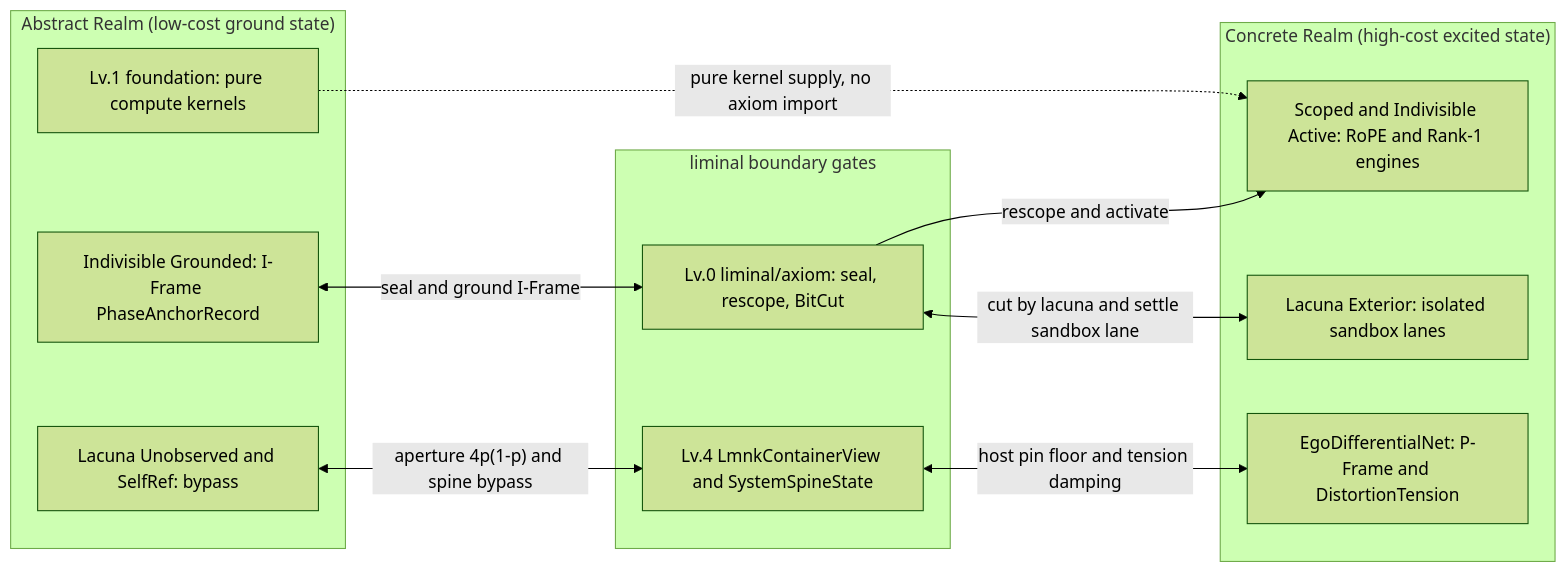
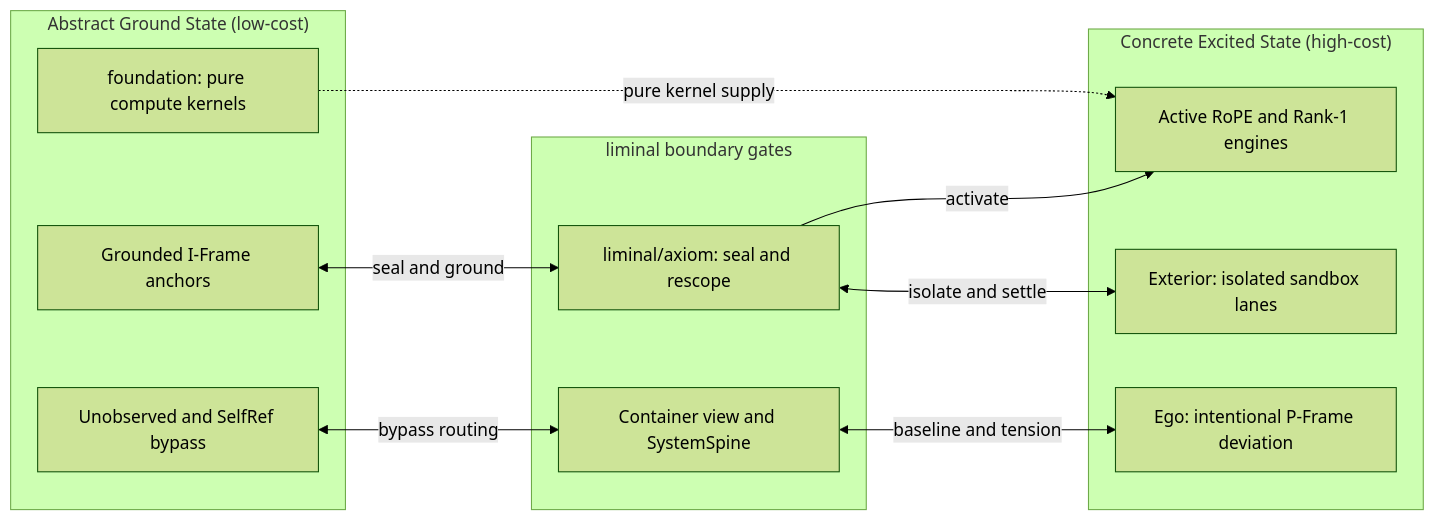
The diagram in README.md (flat-sauce-works/LiminiKa), drawn with Mermaid (forest theme) before and after one commit. The commit also changed other lines of this file and 1 other file, not shown here.

````diff
--- a/README.md
+++ b/README.md
@@ -73,23 +21,23 @@
 ```mermaid
 flowchart LR
-    subgraph ABS["Abstract Realm (low-cost ground state)"]
-        FND["Lv.1 foundation: pure compute kernels"]
-        IFR["Indivisible Grounded: I-Frame PhaseAnchorRecord"]
-        BYP["Lacuna Unobserved and SelfRef: bypass"]
+    subgraph ABS["Abstract Ground State (low-cost)"]
+        FND["foundation: pure compute kernels"]
+        IFR["Grounded I-Frame anchors"]
+        BYP["Unobserved and SelfRef bypass"]
     end
     subgraph LIM["liminal boundary gates"]
-        AX["Lv.0 liminal/axiom: seal, rescope, BitCut"]
-        RT["Lv.4 LmnkContainerView and SystemSpineState"]
+        AX["liminal/axiom: seal and rescope"]
+        RT["Container view and SystemSpine"]
     end
-    subgraph CON["Concrete Realm (high-cost excited state)"]
-        ACT["Scoped and Indivisible Active: RoPE and Rank-1 engines"]
-        EGO["EgoDifferentialNet: P-Frame and DistortionTension"]
-        EXT["Lacuna Exterior: isolated sandbox lanes"]
+    subgraph CON["Concrete Excited State (high-cost)"]
+        ACT["Active RoPE and Rank-1 engines"]
+        EGO["Ego: intentional P-Frame deviation"]
+        EXT["Exterior: isolated sandbox lanes"]
     end
-    FND -.->|"pure kernel supply, no axiom import"| ACT
-    IFR <-->|"seal and ground I-Frame"| AX
-    BYP <-->|"aperture 4p(1-p) and spine bypass"| RT
-    AX -->|"rescope and activate"| ACT
-    RT <-->|"host pin floor and tension damping"| EGO
-    AX <-->|"cut by lacuna and settle sandbox lane"| EXT
+    FND -.->|"pure kernel supply"| ACT
+    IFR <-->|"seal and ground"| AX
+    BYP <-->|"bypass routing"| RT
+    AX -->|"activate"| ACT
+    RT <-->|"baseline and tension"| EGO
+    AX <-->|"isolate and settle"| EXT
 ```
````
